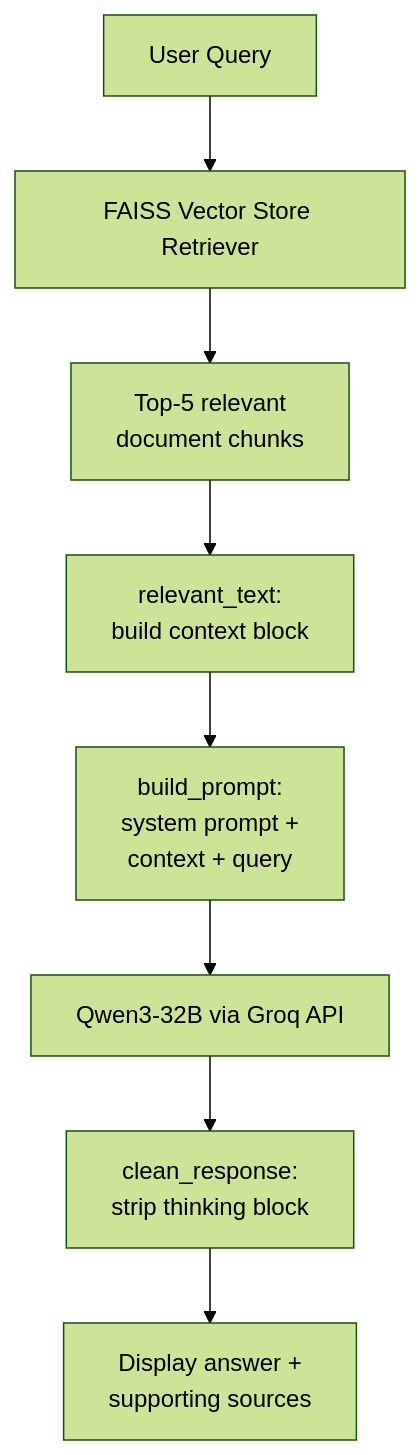
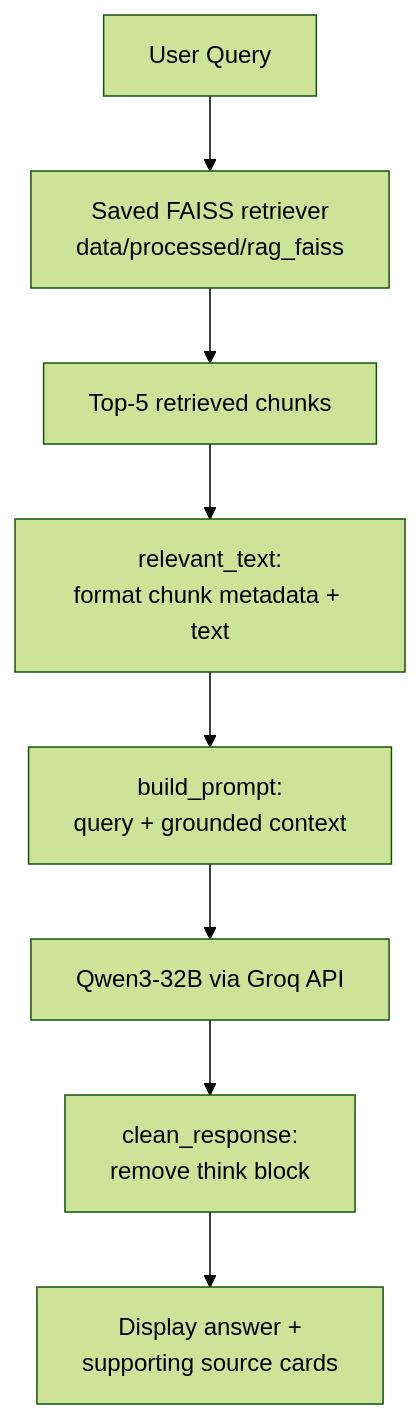
Before and after one commit to iangault/product-search-rag: the first of 2 diagrams in README.md, drawn with Mermaid (forest theme). The commit also changed other lines of this file, not shown here.

````diff
--- a/README.md
+++ b/README.md
@@ -33,10 +33,10 @@
 ```mermaid
 flowchart TD
-    A[User Query] --> B[FAISS Vector Store Retriever]
-    B --> C[Top-5 relevant<br/>document chunks]
-    C --> D[relevant_text:<br/>build context block]
-    D --> E[build_prompt:<br/>system prompt +<br/>context + query]
+    A[User Query] --> B[Saved FAISS retriever<br/>data/processed/rag_faiss]
+    B --> C[Top-5 retrieved chunks]
+    C --> D[relevant_text:<br/>format chunk metadata + text]
+    D --> E[build_prompt:<br/>query + grounded context]
     E --> F[Qwen3-32B via Groq API]
-    F --> G[clean_response:<br/>strip thinking block]
-    G --> H[Display answer +<br/>supporting sources]
+    F --> G[clean_response:<br/>remove think block]
+    G --> H[Display answer +<br/>supporting source cards]
 ```
````
